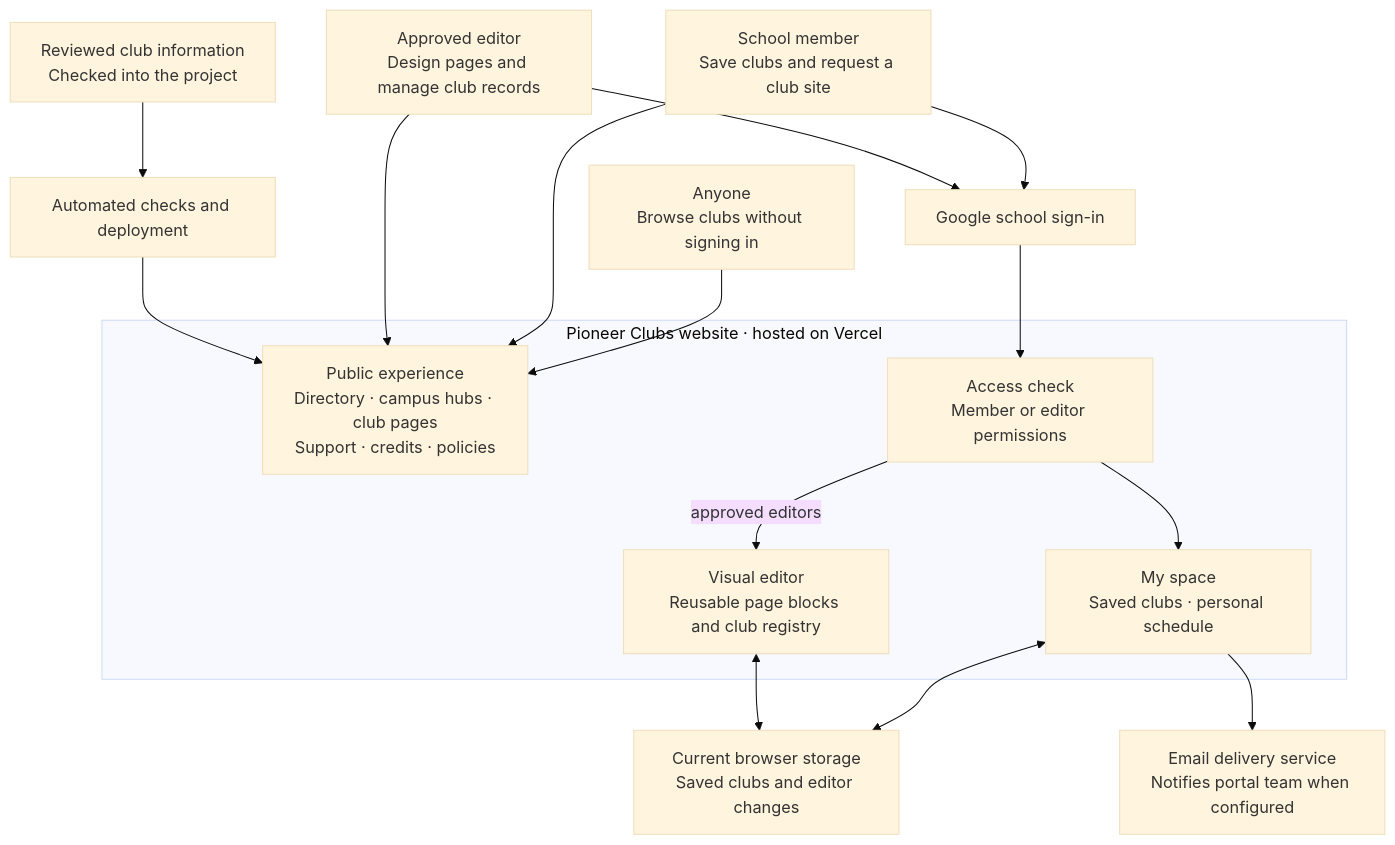
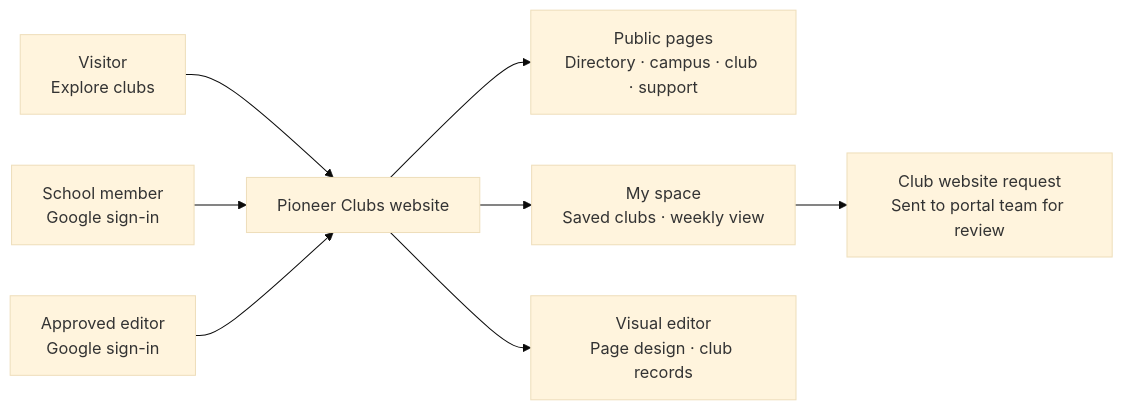
Before and after one commit to aartisr/pcss-clubs: the first of 3 diagrams in docs/leadership-architecture.md, drawn with Mermaid (base theme). The commit also changed other lines of this file and 1 other file, not shown here.

Commit message:
Update leadership architecture and add PDF

````diff
--- a/docs/leadership-architecture.md
+++ b/docs/leadership-architecture.md
@@ -7,30 +17,10 @@
 ```mermaid
-flowchart TB
-  visitor["Anyone<br/>Browse clubs without signing in"]
-  member["School member<br/>Save clubs and request a club site"]
-  editor["Approved editor<br/>Design pages and manage club records"]
-
-  subgraph portal["Pioneer Clubs website · hosted on Vercel"]
-    public["Public experience<br/>Directory · campus hubs · club pages<br/>Support · credits · policies"]
-    personal["My space<br/>Saved clubs · personal schedule"]
-    edit["Visual editor<br/>Reusable page blocks and club registry"]
-    access["Access check<br/>Member or editor permissions"]
-  end
-
-  google["Google school sign-in"]
-  browser["Current browser storage<br/>Saved clubs and editor changes"]
-  reviewed["Reviewed club information<br/>Checked into the project"]
-  checks["Automated checks and deployment"]
-  email["Email delivery service<br/>Notifies portal team when configured"]
-
-  visitor --> public
-  member --> google --> access --> personal
-  editor --> google
-  access -- "approved editors" --> edit
-  member --> public
-  editor --> public
-  personal <--> browser
-  edit <--> browser
-  personal --> email
-  reviewed --> checks --> public
+flowchart LR
+  V["Visitor<br/>Explore clubs"] --> W["Pioneer Clubs website"]
+  M["School member<br/>Google sign-in"] --> W
+  E["Approved editor<br/>Google sign-in"] --> W
+  W --> P["Public pages<br/>Directory · campus · club · support"]
+  W --> S["My space<br/>Saved clubs · weekly view"]
+  W --> D["Visual editor<br/>Page design · club records"]
+  S --> R["Club website request<br/>Sent to portal team for review"]
 ```
````
